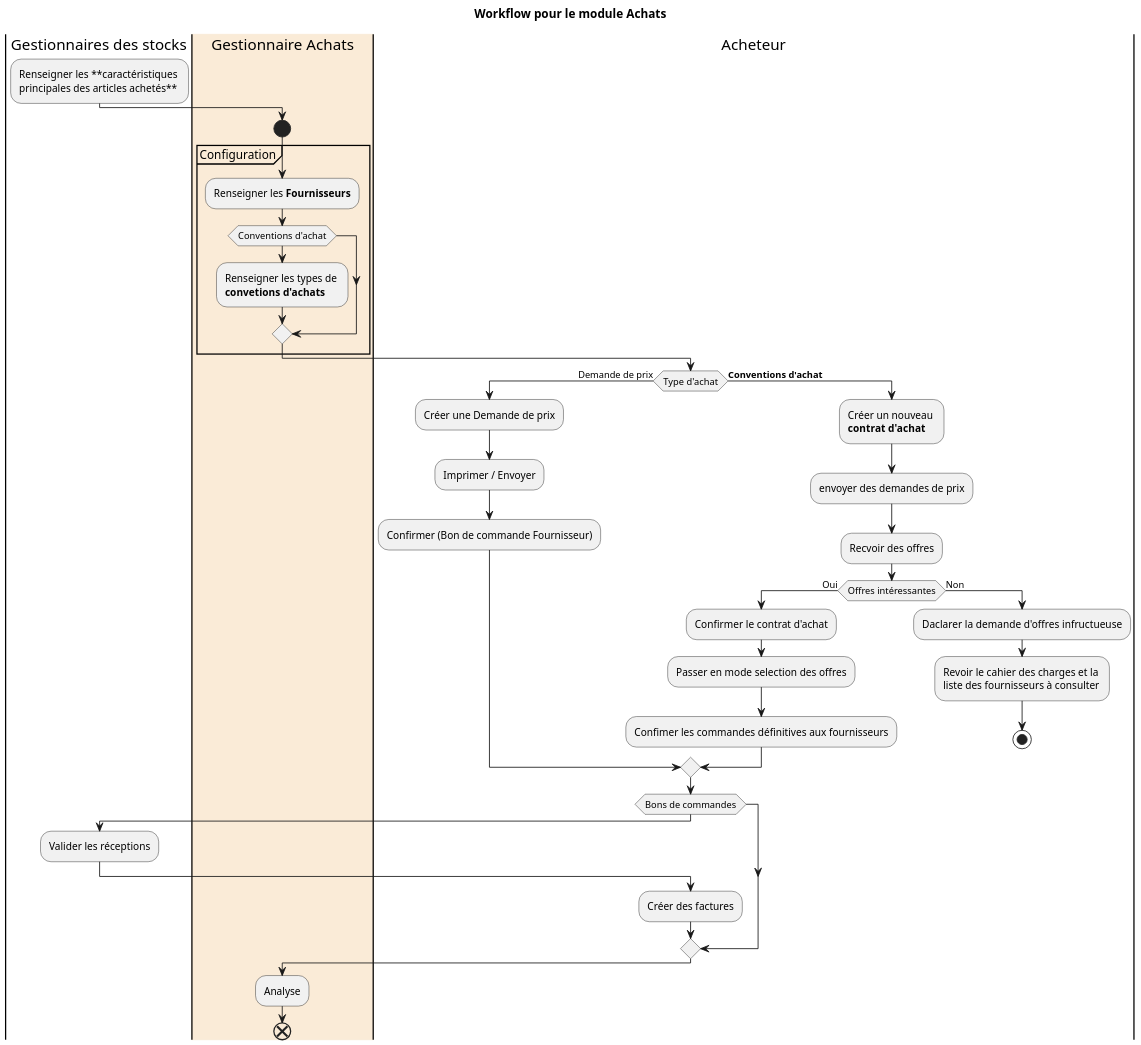
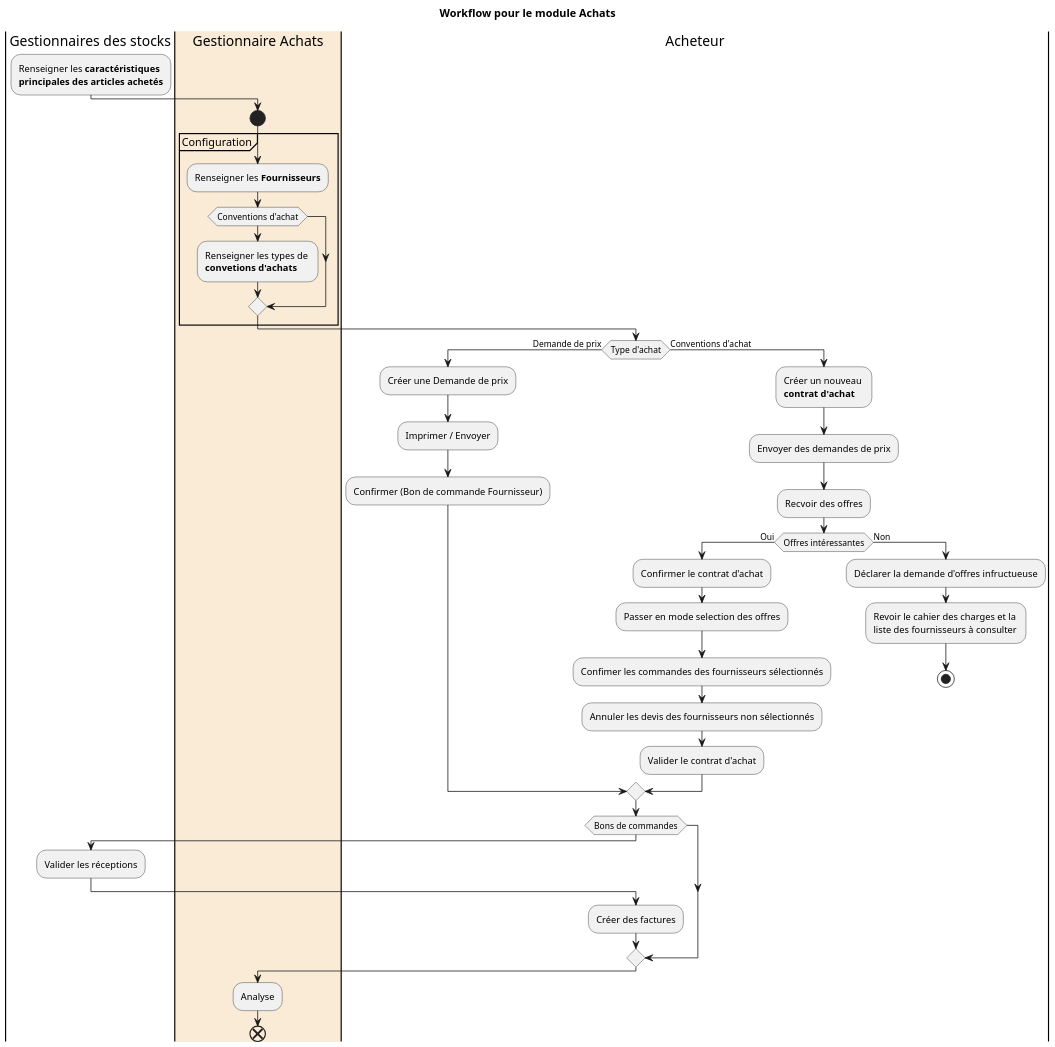
Before and after one commit to transformatek/odoo-usecases: the diagram in source/diagrams/src/activity-achats.wsd, drawn with PlantUML. The commit also changed 2 other files, not shown here.

Commit message:
Fix some typos in module Achats

```diff
--- a/source/diagrams/src/activity-achats.wsd
+++ b/source/diagrams/src/activity-achats.wsd
@@ -2,60 +2,51 @@
 @startuml activity-achats
 title Workflow pour le module Achats 
 scale 200 width
 scale 2000 height
 
 |Gestionnaires des stocks|
-    :Renseigner les **caractéristiques \nprincipales des articles achetés**;
+    :Renseigner les **caractéristiques** \n**principales des articles achetés**;
 
 |#AntiqueWhite|Gestionnaire Achats|
 start
 partition Configuration {
     :Renseigner les **Fournisseurs**;
     if (Conventions d'achat) then 
         :Renseigner les types de \n**convetions d'achats**;
     endif
 }
 
 |Acheteur|
 if (Type d'achat) then (Demande de prix)
     :Créer une Demande de prix;
     :Imprimer / Envoyer;
     :Confirmer (Bon de commande Fournisseur);
-else (**Conventions d'achat**)
+else (Conventions d'achat)
     :Créer un nouveau \n**contrat d'achat**;
-    :envoyer des demandes de prix;
+    :Envoyer des demandes de prix;
     :Recvoir des offres;
     if (Offres intéressantes) then (Oui) 
         :Confirmer le contrat d'achat;
         :Passer en mode selection des offres;
-        :Confimer les commandes définitives aux fournisseurs;
+        :Confimer les commandes des fournisseurs sélectionnés;
+        :Annuler les devis des fournisseurs non sélectionnés; 
+        :Valider le contrat d'achat;
     else (Non)
-        :Daclarer la demande d'offres infructueuse;
+        :Déclarer la demande d'offres infructueuse;
         :Revoir le cahier des charges et la \nliste des fournisseurs à consulter;
         stop
     endif
 endif
 if (Bons de commandes) then
     |Gestionnaires des stocks|
         :Valider les réceptions;
     |Acheteur|
         :Créer des factures;
 endif
 
-
-' Avec l'option **_Conventions d'achat_** activé dans la configuration :
-
-' 1. vérifier et valider les types de convetions d'achats existants par défaut.
-' 1. créer un nouveau type de convention d'achat.
-' 1. créer un nouveau contrat d'achat.
-' 1. envoyer des demandes de prix pour recvoir des offres.
-' 1. confirmer le contrat et passer en mode selection des offres.
-' 1. confimer les commandes définitives aux fournisseurs selon le mode de passation de contrat choisie.
-
-
 |#AntiqueWhite|Gestionnaire Achats|
 :Analyse;
 
 end
 
 @enduml
```
